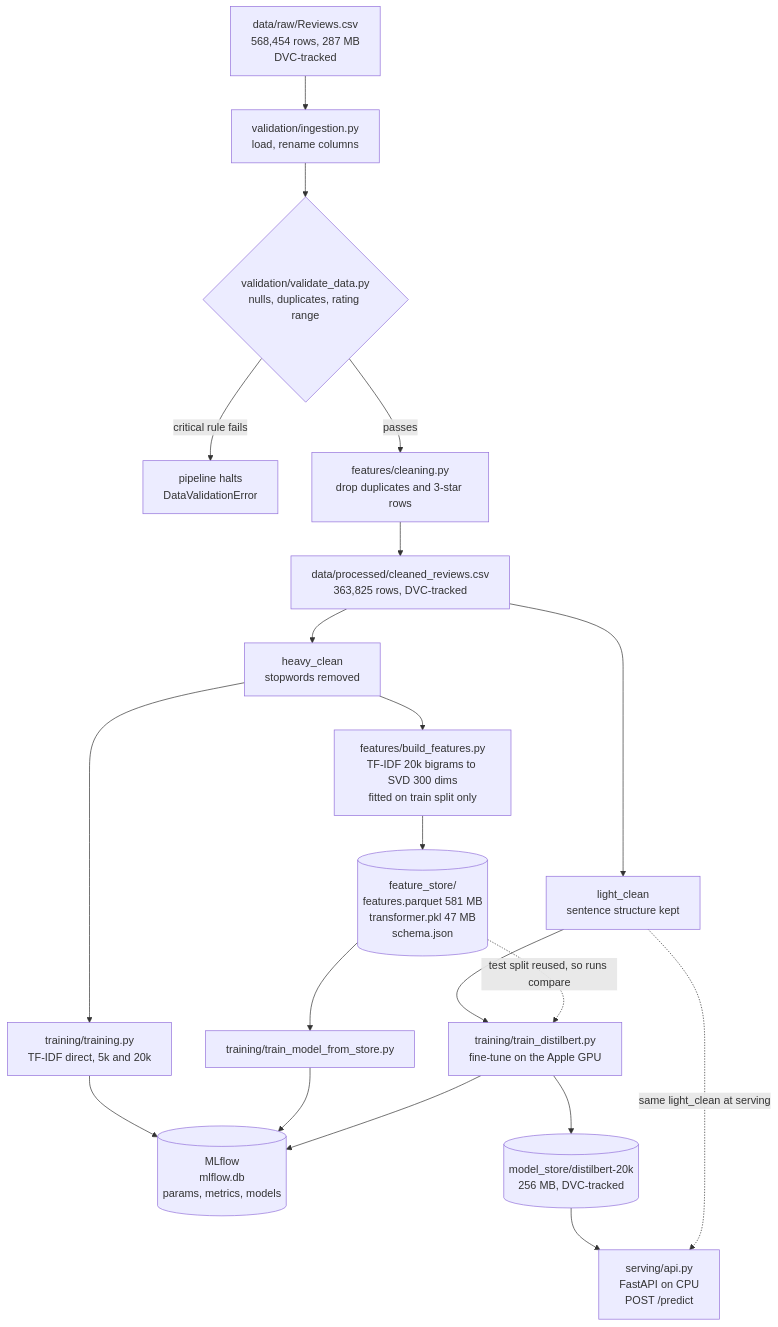
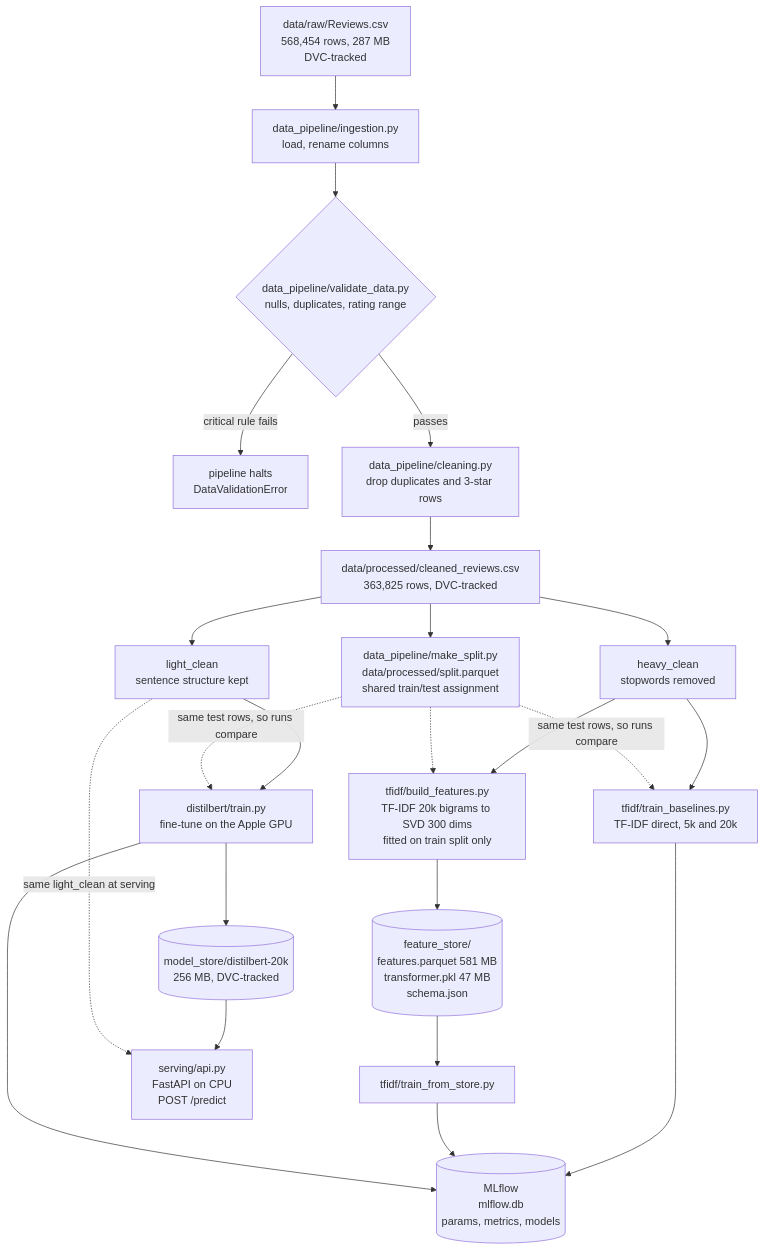
Before and after one commit to 2025paml556-bhoomika/sentiment-classifier: the diagram in README.md, drawn with Mermaid. The commit also changed other lines of this file and 23 other files, not shown here.

````diff
--- a/README.md
+++ b/README.md
@@ -21,30 +21,34 @@
 ```mermaid
 flowchart TD
     RAW["data/raw/Reviews.csv<br/>568,454 rows, 287 MB<br/>DVC-tracked"]
 
-    RAW --> ING["validation/ingestion.py<br/>load, rename columns"]
-    ING --> VAL{"validation/validate_data.py<br/>nulls, duplicates, rating range"}
+    RAW --> ING["data_pipeline/ingestion.py<br/>load, rename columns"]
+    ING --> VAL{"data_pipeline/validate_data.py<br/>nulls, duplicates, rating range"}
     VAL -->|critical rule fails| HALT["pipeline halts<br/>DataValidationError"]
-    VAL -->|passes| CLEAN["features/cleaning.py<br/>drop duplicates and 3-star rows"]
+    VAL -->|passes| CLEAN["data_pipeline/cleaning.py<br/>drop duplicates and 3-star rows"]
 
     CLEAN --> CSV["data/processed/cleaned_reviews.csv<br/>363,825 rows, DVC-tracked"]
+
+    CSV --> SPLIT["data_pipeline/make_split.py<br/>data/processed/split.parquet<br/>shared train/test assignment"]
 
     CSV --> HEAVY["heavy_clean<br/>stopwords removed"]
     CSV --> LIGHT["light_clean<br/>sentence structure kept"]
 
-    HEAVY --> STORE["features/build_features.py<br/>TF-IDF 20k bigrams to SVD 300 dims<br/>fitted on train split only"]
-    HEAVY --> BASE["training/training.py<br/>TF-IDF direct, 5k and 20k"]
-    LIGHT --> BERT["training/train_distilbert.py<br/>fine-tune on the Apple GPU"]
+    HEAVY --> STORE["tfidf/build_features.py<br/>TF-IDF 20k bigrams to SVD 300 dims<br/>fitted on train split only"]
+    HEAVY --> BASE["tfidf/train_baselines.py<br/>TF-IDF direct, 5k and 20k"]
+    LIGHT --> BERT["distilbert/train.py<br/>fine-tune on the Apple GPU"]
 
     STORE --> FS[("feature_store/<br/>features.parquet 581 MB<br/>transformer.pkl 47 MB<br/>schema.json")]
 
-    FS --> TRAIN2["training/train_model_from_store.py"]
+    FS --> TRAIN2["tfidf/train_from_store.py"]
     BASE --> MLF[("MLflow<br/>mlflow.db<br/>params, metrics, models")]
     TRAIN2 --> MLF
     BERT --> MLF
-    FS -.->|test split reused, so runs compare| BERT
+    SPLIT -.->|same test rows, so runs compare| BASE
+    SPLIT -.->|same test rows, so runs compare| BERT
+    SPLIT -.-> STORE
 
     BERT --> MS[("model_store/distilbert-20k<br/>256 MB, DVC-tracked")]
     MS --> SERVE["serving/api.py<br/>FastAPI on CPU<br/>POST /predict"]
     LIGHT -.->|same light_clean at serving| SERVE
 ```
````
